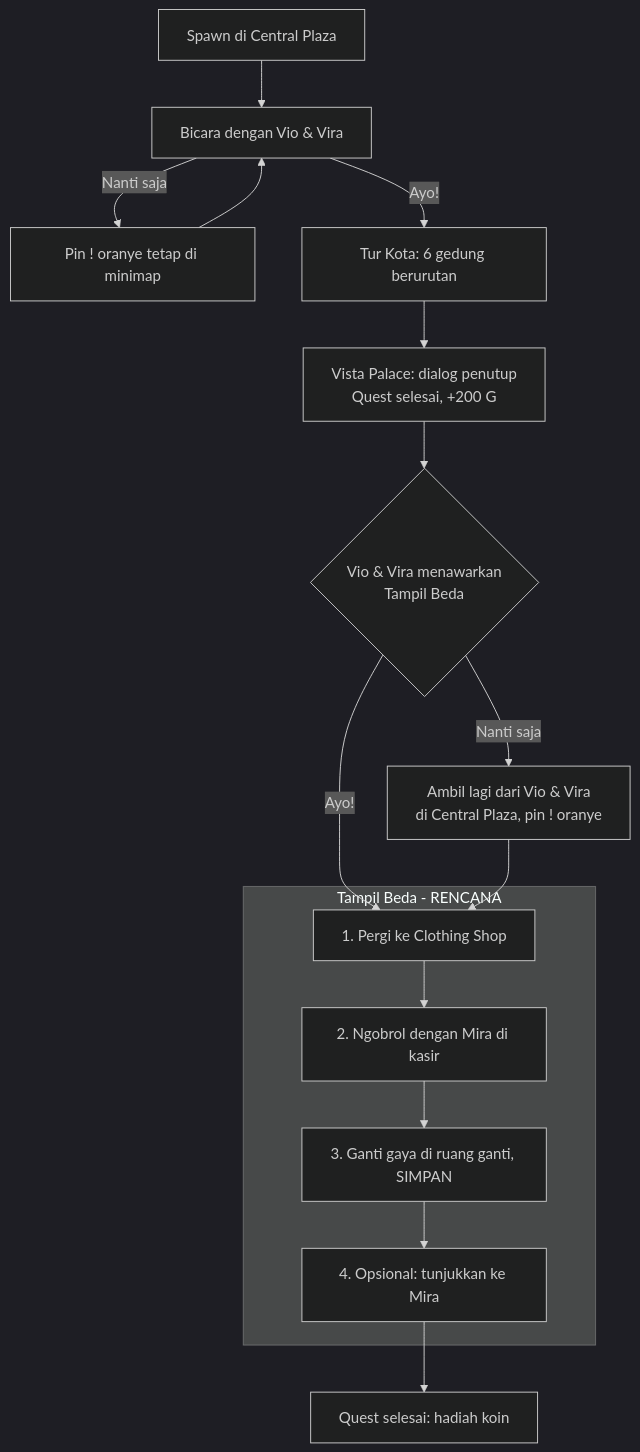
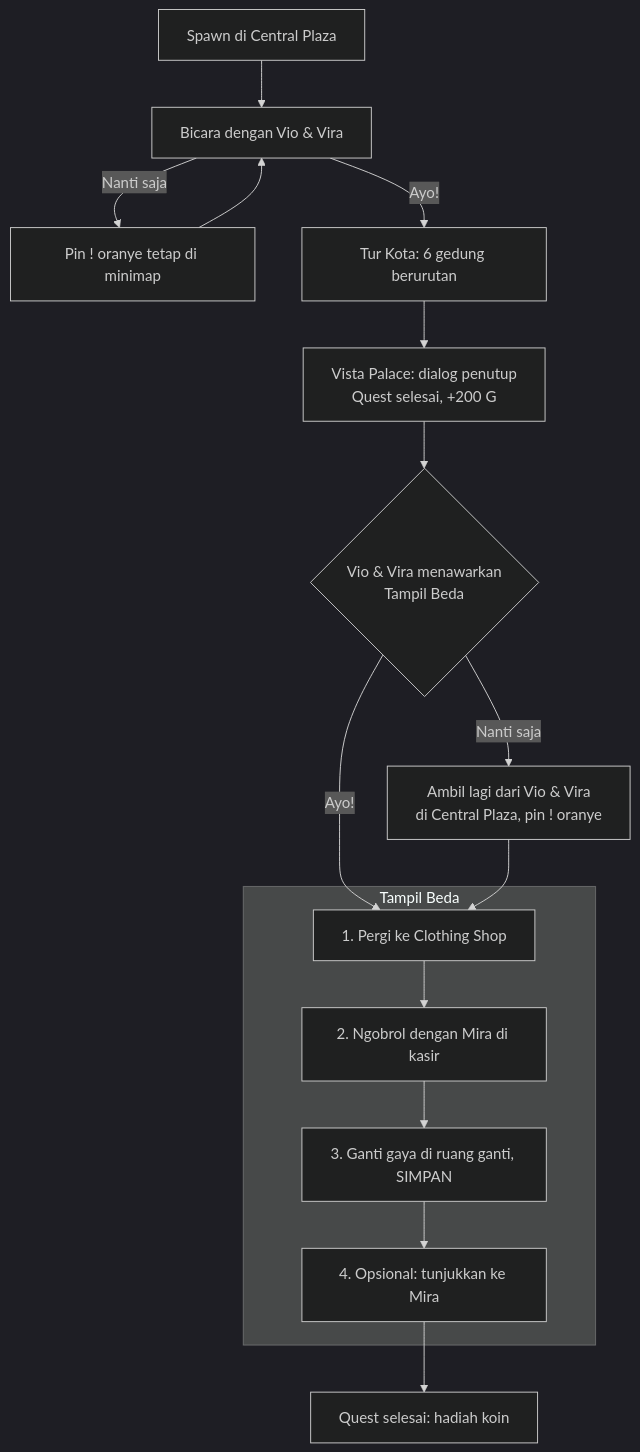
Before and after one commit to Farrosy/Go-Vista-Live: the first of 3 diagrams in Assets/Script/Quest/README.md, drawn with Mermaid (dark theme). The commit also changed other lines of this file and 38 other files, not shown here.

````diff
--- a/Assets/Script/Quest/README.md
+++ b/Assets/Script/Quest/README.md
@@ -49,16 +49,16 @@
 ```mermaid
 flowchart TD
     A[Spawn di Central Plaza] --> B[Bicara dengan Vio & Vira]
     B -->|Nanti saja| A2[Pin ! oranye tetap di minimap] --> B
     B -->|Ayo!| T[Tur Kota: 6 gedung berurutan]
     T --> V[Vista Palace: dialog penutup<br/>Quest selesai, +200 G]
     V --> O{Vio & Vira menawarkan<br/>Tampil Beda}
     O -->|Ayo!| S1
     O -->|Nanti saja| P[Ambil lagi dari Vio & Vira<br/>di Central Plaza, pin ! oranye] --> S1
-    subgraph Q2 [Tampil Beda - RENCANA]
+    subgraph Q2 [Tampil Beda]
         S1[1. Pergi ke Clothing Shop] --> S2[2. Ngobrol dengan Mira di kasir]
         S2 --> S3[3. Ganti gaya di ruang ganti, SIMPAN]
         S3 --> S4[4. Opsional: tunjukkan ke Mira]
     end
     S4 --> R[Quest selesai: hadiah koin]
 ```
````
